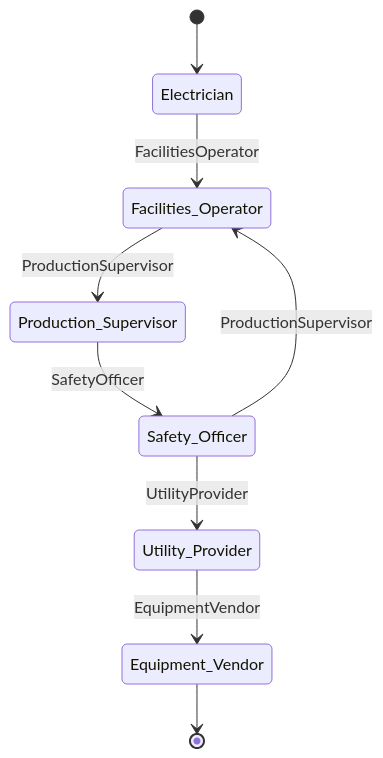
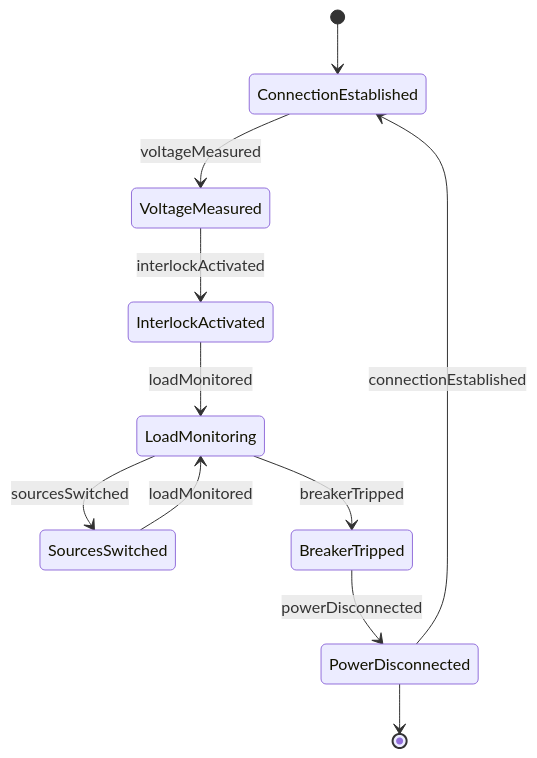
Before and after one commit to dot-org-ai/tasks.org.ai: the second of 4 diagrams in HandlingAndMovingObjects/AdjustEquipmentToEnsureAdequatePerformance/ControlPowerSupplyConnections.mdx, drawn with Mermaid. The commit also changed other lines of this file and 40 other files, not shown here.

First line of the commit message:
fix: Replace Actor-based ER and State diagrams with Entity/Event-based diagrams in 41 HandlingAndMovingObjects DWA files

````diff
--- a/HandlingAndMovingObjects/AdjustEquipmentToEnsureAdequatePerformance/ControlPowerSupplyConnections.mdx
+++ b/HandlingAndMovingObjects/AdjustEquipmentToEnsureAdequatePerformance/ControlPowerSupplyConnections.mdx
@@ -102,11 +100,13 @@
 ```mermaid
 stateDiagram-v2
-    [*] --> Electrician
-    Electrician --> Facilities_Operator: FacilitiesOperator
-    Facilities_Operator --> Production_Supervisor: ProductionSupervisor
-    Production_Supervisor --> Safety_Officer: SafetyOfficer
-    Safety_Officer --> Utility_Provider: UtilityProvider
-    Utility_Provider --> Equipment_Vendor: EquipmentVendor
-    Safety_Officer --> Facilities_Operator: ProductionSupervisor
-    Equipment_Vendor --> [*]
+    [*] --> ConnectionEstablished
+    ConnectionEstablished --> VoltageMeasured : voltageMeasured
+    VoltageMeasured --> InterlockActivated : interlockActivated
+    InterlockActivated --> LoadMonitoring : loadMonitored
+    LoadMonitoring --> SourcesSwitched : sourcesSwitched
+    SourcesSwitched --> LoadMonitoring : loadMonitored
+    LoadMonitoring --> BreakerTripped : breakerTripped
+    BreakerTripped --> PowerDisconnected : powerDisconnected
+    PowerDisconnected --> ConnectionEstablished : connectionEstablished
+    PowerDisconnected --> [*]
 ```
````
